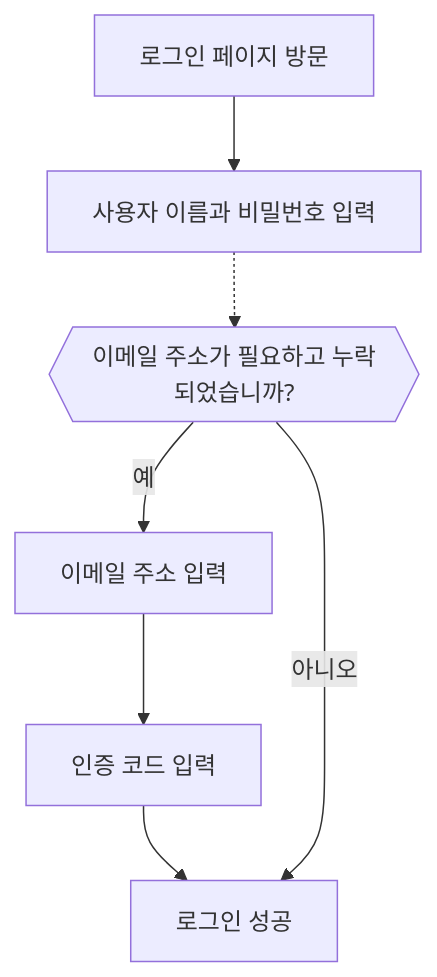
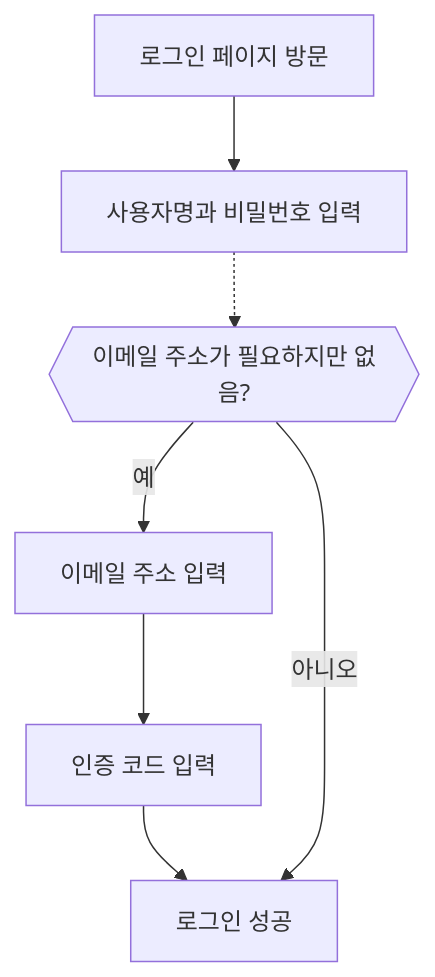
One commit to logto-io/docs changed the diagram in i18n/ko/docusaurus-plugin-content-docs/current/end-user-flows/sign-up-and-sign-in/sign-in.mdx. Above: the diagram before and after it, drawn with Mermaid. The commit also changed other lines of this file and 200 other files, not shown here.

````diff
--- a/i18n/ko/docusaurus-plugin-content-docs/current/end-user-flows/sign-up-and-sign-in/sign-in.mdx
+++ b/i18n/ko/docusaurus-plugin-content-docs/current/end-user-flows/sign-up-and-sign-in/sign-in.mdx
@@ -90,9 +91,9 @@
 ```mermaid
 flowchart TD
-    A[로그인 페이지 방문] --> B[사용자 이름과 비밀번호 입력]
-    B -.-> C{{이메일 주소가 필요하고 누락되었습니까?}}
+    A[로그인 페이지 방문] --> B[사용자명과 비밀번호 입력]
+    B -.-> C{{이메일 주소가 필요하지만 없음?}}
     C -->|예| D[이메일 주소 입력]
     D --> E[인증 코드 입력]
     E --> F[로그인 성공]
     C --> |아니오| F
 ```
````
